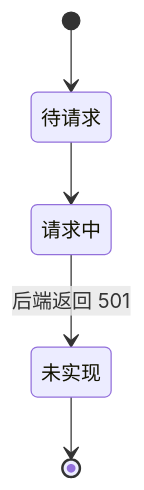
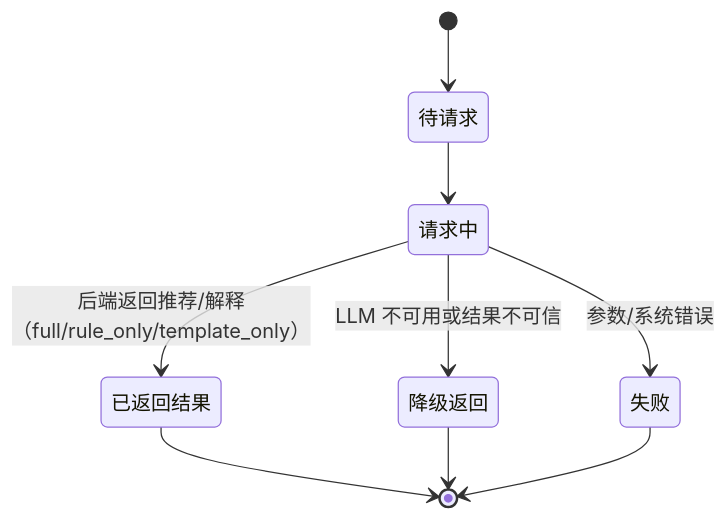
One commit to EmergentTwilight/Smart-Teaching-Service-System changed the fifth of 6 diagrams in docs/requirements_report/C-requirements-report.md. Above: the diagram before and after it, drawn with Mermaid. The commit also changed other lines of this file and 3 other files, not shown here.

````diff
--- a/docs/requirements_report/C-requirements-report.md
+++ b/docs/requirements_report/C-requirements-report.md
@@ -355,7 +355,11 @@
 ```mermaid
 stateDiagram-v2
   [*] --> 待请求
   待请求 --> 请求中
-  请求中 --> 未实现: 后端返回 501
-  未实现 --> [*]
+  请求中 --> 已返回结果: 后端返回推荐/解释（full/rule_only/template_only）
+  请求中 --> 降级返回: LLM 不可用或结果不可信
+  请求中 --> 失败: 参数/系统错误
+  已返回结果 --> [*]
+  降级返回 --> [*]
+  失败 --> [*]
 ```
````
